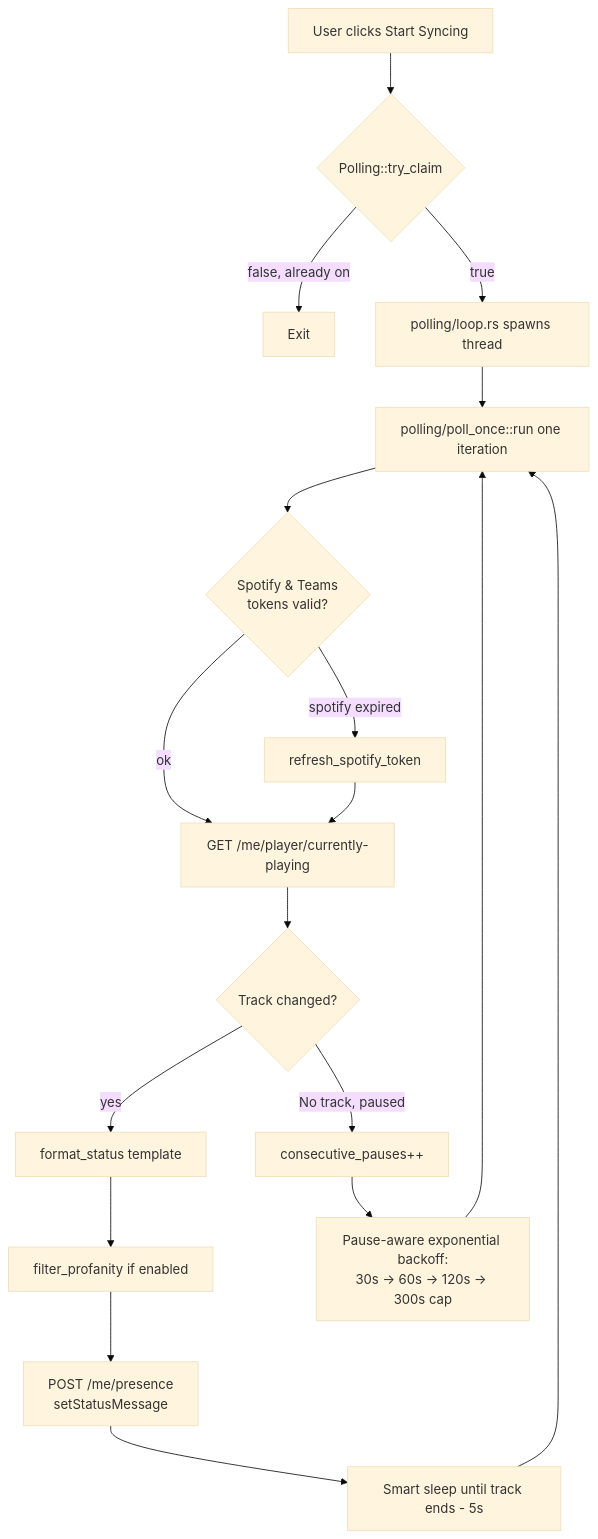
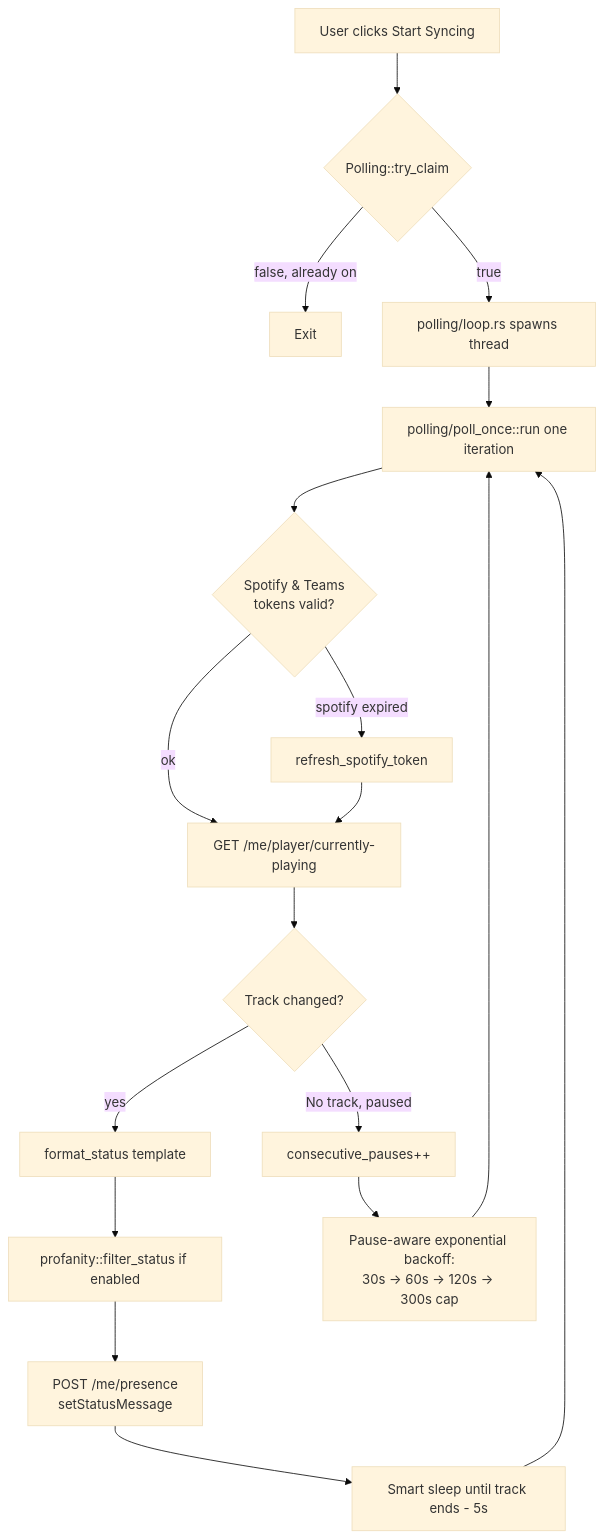
Before and after one commit to Carme99/PresenceJam-Desktop: the seventh of 8 diagrams in ARCHITECTURE.md, drawn with Mermaid (base theme).

Commit message:
docs: correct profanity fn name in polling diagram (filter_profanity → profanity::filter_status)

````diff
--- a/ARCHITECTURE.md
+++ b/ARCHITECTURE.md
@@ -422,20 +422,20 @@
 ```mermaid
 flowchart TD
     Start[User clicks Start Syncing] --> Claim{Polling::try_claim}
     Claim -->|false, already on| Exit
     Claim -->|true| Loop[polling/loop.rs spawns thread]
     Loop --> Tick[polling/poll_once::run one iteration]
     Tick --> Tokens{Spotify & Teams<br/>tokens valid?}
     Tokens -->|spotify expired| RefreshSpot[refresh_spotify_token]
     Tokens -->|ok| Poll["GET /me/player/currently-playing"]
     RefreshSpot --> Poll
     Poll --> Changed{Track changed?}
     Changed -->|No track, paused| Consec[consecutive_pauses++]
     Changed -->|yes| Format[format_status template]
-    Format --> Prof[filter_profanity if enabled]
+    Format --> Prof[profanity::filter_status if enabled]
     Prof --> Set[POST /me/presence<br/>setStatusMessage]
     Set --> SmartSleep[Smart sleep until track ends - 5s]
     Consec --> Backoff[Pause-aware exponential backoff:<br/>30s → 60s → 120s → 300s cap]
     SmartSleep --> Tick
     Backoff --> Tick
 ```
````
